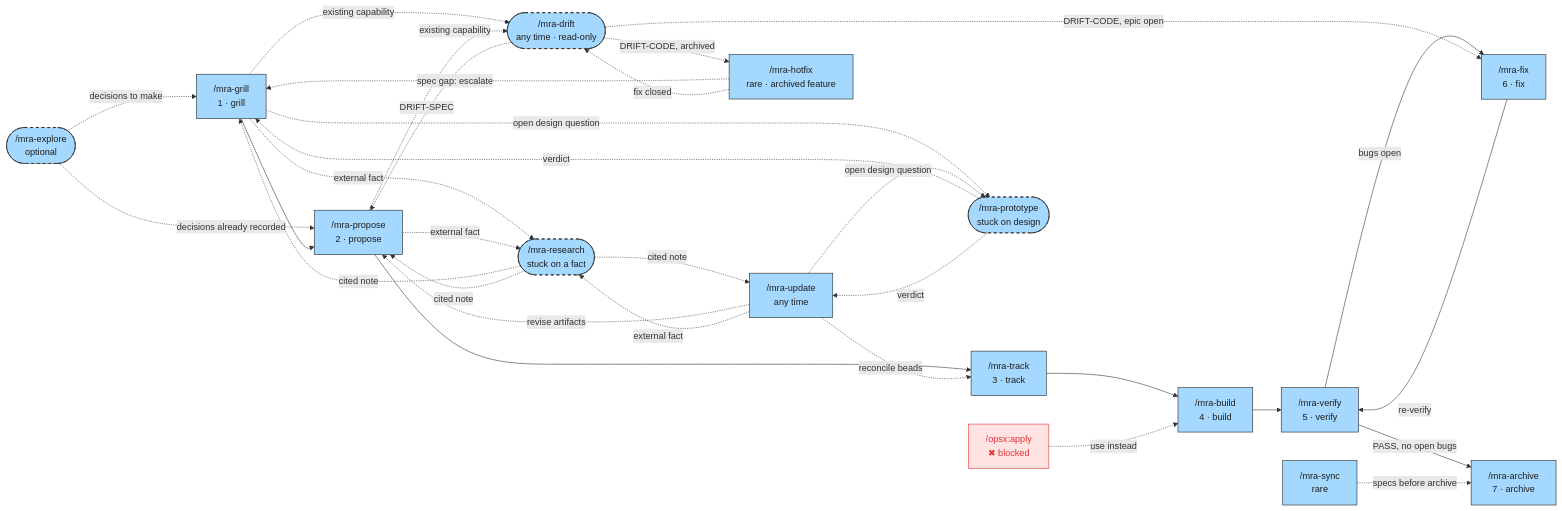
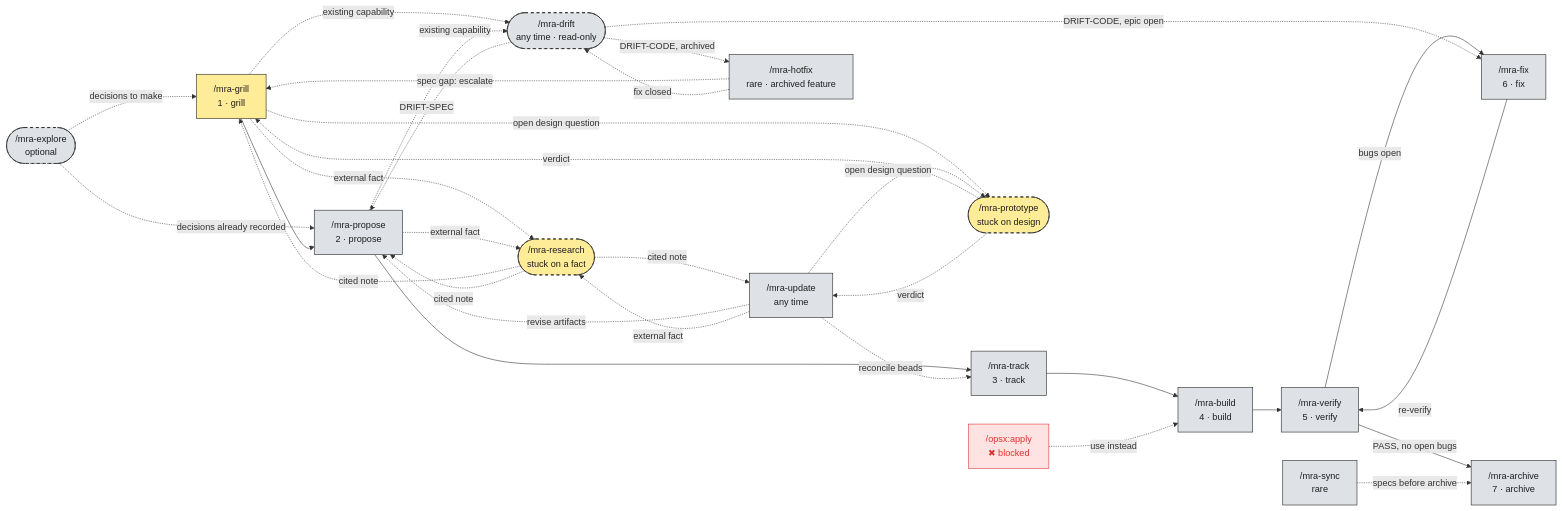
The first of 5 diagrams in payload/orchestrator/.mra-flow/docs/mra-flow.md (Ancora-Ancora/mra-flow), drawn with Mermaid before and after one commit. The commit also changed other lines of this file and 2 other files, not shown here.

First line of the commit message:
Colour the flow diagram by skill author; release 0.1.9

````diff
--- a/payload/orchestrator/.mra-flow/docs/mra-flow.md
+++ b/payload/orchestrator/.mra-flow/docs/mra-flow.md
@@ -9,50 +9,52 @@
 ```mermaid
 flowchart LR
-    classDef phase fill:#a5d8ff,stroke:#1e1e1e,color:#1e1e1e
-    classDef optional fill:#a5d8ff,stroke:#1e1e1e,stroke-dasharray:5 5,color:#1e1e1e
+    classDef phase fill:#dee2e6,stroke:#1e1e1e,color:#1e1e1e
+    classDef mpwrap fill:#ffec99,stroke:#1e1e1e,color:#1e1e1e
+    classDef optional fill:#dee2e6,stroke:#1e1e1e,stroke-dasharray:5 5,color:#1e1e1e
+    classDef mpwrapopt fill:#ffec99,stroke:#1e1e1e,stroke-dasharray:5 5,color:#1e1e1e
     classDef blocked fill:#ffe3e3,stroke:#e03131,color:#e03131
 
     explore(["/mra-explore<br/>optional"]):::optional
-    grill["/mra-grill<br/>1 · grill"]:::phase
+    grill["/mra-grill<br/>1 · grill"]:::mpwrap
     propose["/mra-propose<br/>2 · propose"]:::phase
     track["/mra-track<br/>3 · track"]:::phase
     build["/mra-build<br/>4 · build"]:::phase
     verify["/mra-verify<br/>5 · verify"]:::phase
     fix["/mra-fix<br/>6 · fix"]:::phase
     archive["/mra-archive<br/>7 · archive"]:::phase
     update["/mra-update<br/>any time"]:::phase
     sync["/mra-sync<br/>rare"]:::phase
     hotfix["/mra-hotfix<br/>rare · archived feature"]:::phase
     drift(["/mra-drift<br/>any time · read-only"]):::optional
-    proto(["/mra-prototype<br/>stuck on design"]):::optional
-    research(["/mra-research<br/>stuck on a fact"]):::optional
+    proto(["/mra-prototype<br/>stuck on design"]):::mpwrapopt
+    research(["/mra-research<br/>stuck on a fact"]):::mpwrapopt
     apply["/opsx:apply<br/>✖ blocked"]:::blocked
 
     explore -. decisions to make .-> grill
     explore -. decisions already recorded .-> propose
     grill --> propose --> track --> build --> verify
     verify -- bugs open --> fix
     fix -- re-verify --> verify
     verify -- "PASS, no open bugs" --> archive
     update -. revise artifacts .-> propose
     update -. reconcile beads .-> track
     sync -. specs before archive .-> archive
     hotfix -. spec gap: escalate .-> grill
     hotfix -. fix closed .-> drift
     grill -. existing capability .-> drift
     propose -. existing capability .-> drift
     drift -. DRIFT-SPEC .-> propose
     drift -. DRIFT-CODE, epic open .-> fix
     drift -. DRIFT-CODE, archived .-> hotfix
     grill -. open design question .-> proto
     update -. open design question .-> proto
     proto -. verdict .-> grill
     proto -. verdict .-> update
     grill -. external fact .-> research
     propose -. external fact .-> research
     update -. external fact .-> research
     research -. cited note .-> grill
     research -. cited note .-> propose
     research -. cited note .-> update
     apply -. use instead .-> build
 ```
````
